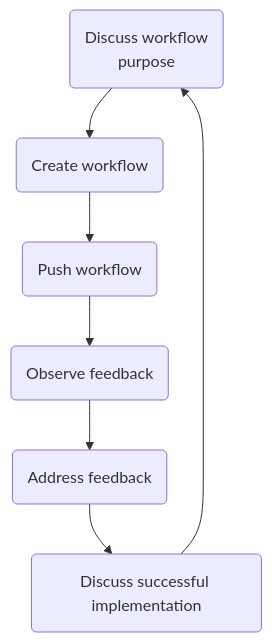
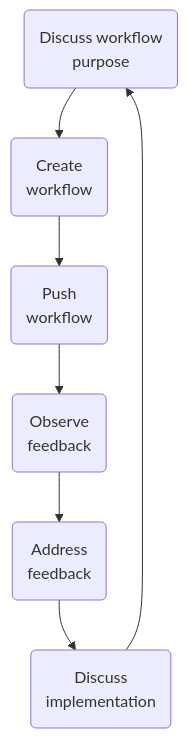
One commit to pharmaverse/cicdworkshop.rinpharma2022 changed the diagram in presentation/index.qmd. Above: the diagram before and after it, drawn with Mermaid. The commit also changed 4 other files, not shown here.

````diff
--- a/presentation/index.qmd
+++ b/presentation/index.qmd
@@ -159,9 +159,9 @@
 ```{mermaid}
 flowchart TD
-  A(Discuss workflow <br> purpose) --> B(Create workflow)
-  B --> C(Push workflow)
-  C --> D(Observe feedback)
-  D --> E(Address feedback)
-  E --> F(Discuss successful implementation)
+  A(Discuss workflow <br> purpose) --> B(Create <br> workflow)
+  B --> C(Push <br> workflow)
+  C --> D(Observe <br> feedback)
+  D --> E(Address <br> feedback)
+  E --> F(Discuss <br> implementation)
   F --> A
 ```
````
